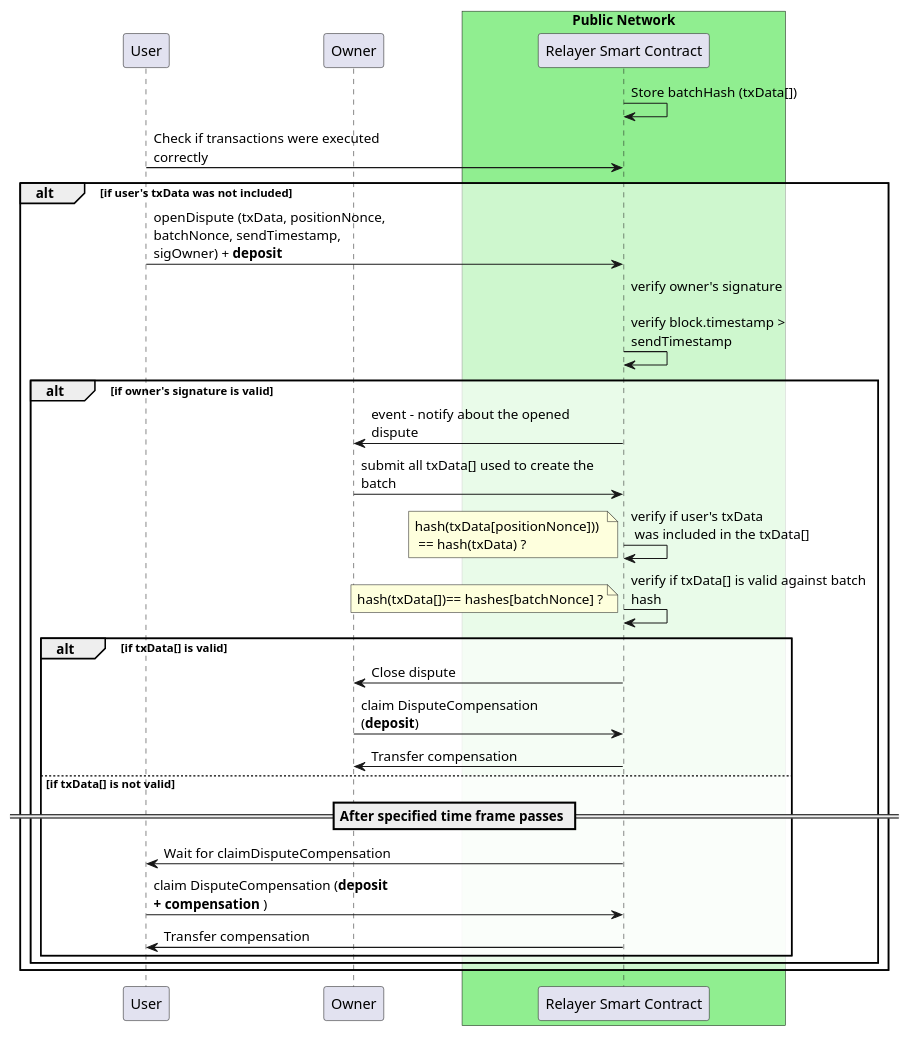
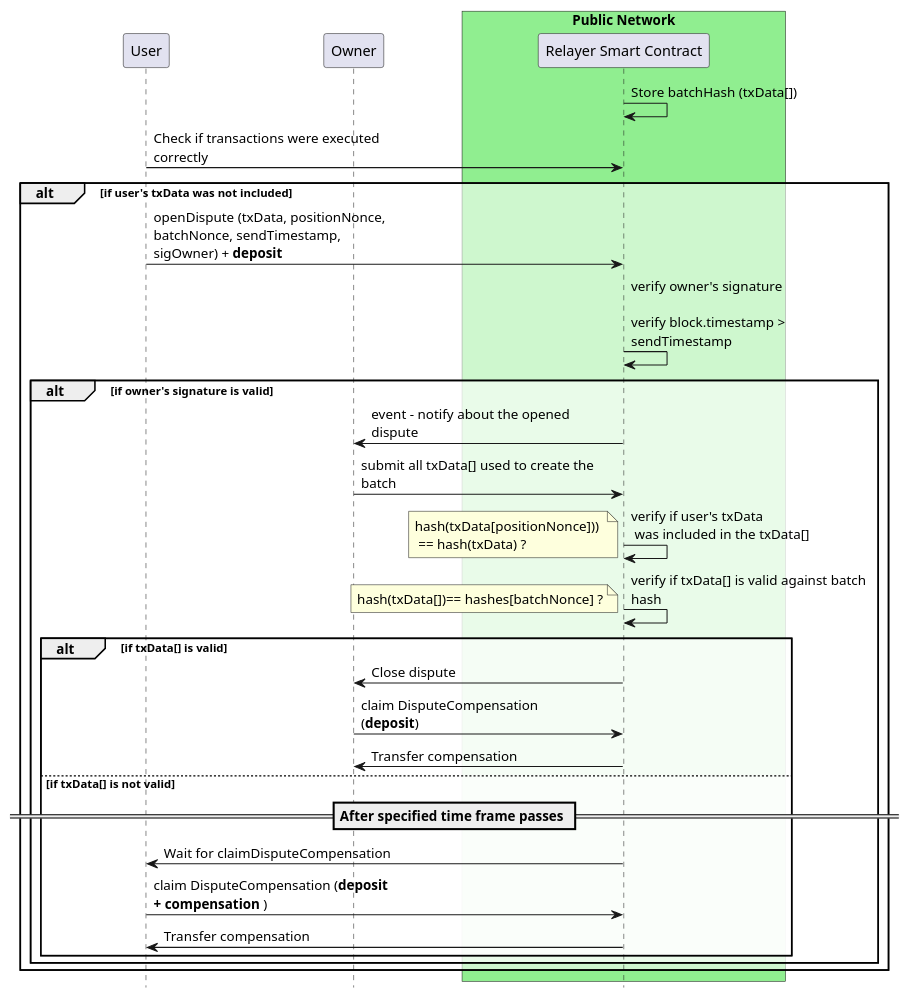
Before and after one commit to ollie041114/account-abstraction-test: the diagram in UMLs/dispute.wsd, drawn with PlantUML. The commit also changed 15 other files, not shown here.

```diff
--- a/UMLs/dispute.wsd
+++ b/UMLs/dispute.wsd
@@ -1,42 +1,43 @@
 @startuml
 skinparam maxMessageSize 230
 skinparam ParticipantPadding 70
 skinparam SequenceGroupBodyBackgroundColor #FFFFFF90
+hide footbox
 
 participant User
 participant Owner
 ' participant Relayer
 box "Public Network" #LightGreen
 participant "Relayer Smart Contract" as Relayer 
 end box
 
 Relayer -> Relayer: Store batchHash (txData[])
 
 
 User -> Relayer: Check if transactions were executed correctly
 alt if user's txData was not included
     User -> Relayer: openDispute (txData, positionNonce, batchNonce, sendTimestamp, sigOwner) + **deposit**
     Relayer -> Relayer: verify owner's signature \n\nverify block.timestamp > sendTimestamp 
     alt if owner's signature is valid
         Relayer -> Owner: event - notify about the opened dispute
         Owner -> Relayer: submit all txData[] used to create the batch
 
         Relayer -> Relayer: verify if user's txData \n was included in the txData[]
         note left: hash(txData[positionNonce])) \n == hash(txData) ?
         Relayer -> Relayer: verify if txData[] is valid against batch hash
         note left: hash(txData[])== hashes[batchNonce] ?
 
         alt if txData[] is valid
             Relayer -> Owner: Close dispute
             Owner -> Relayer: claim DisputeCompensation (**deposit**)
             Relayer -> Owner: Transfer compensation
         else if txData[] is not valid
             == After specified time frame passes ==
             Relayer -> User: Wait for claimDisputeCompensation
             User -> Relayer: claim DisputeCompensation (**deposit + compensation** )
             Relayer -> User: Transfer compensation
         end
     end
 end
 
 @enduml
```
